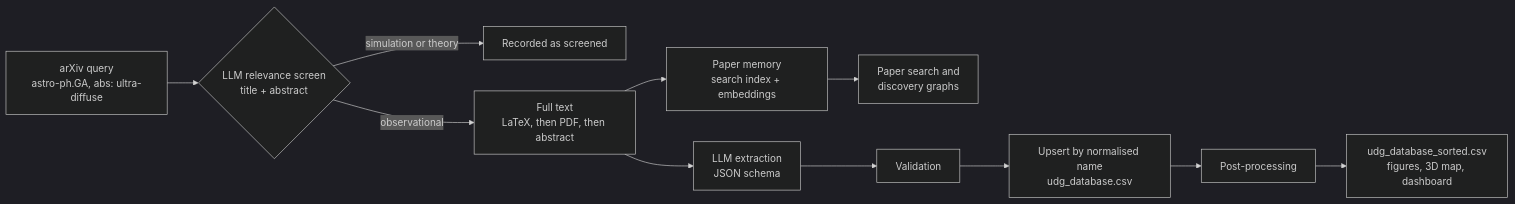
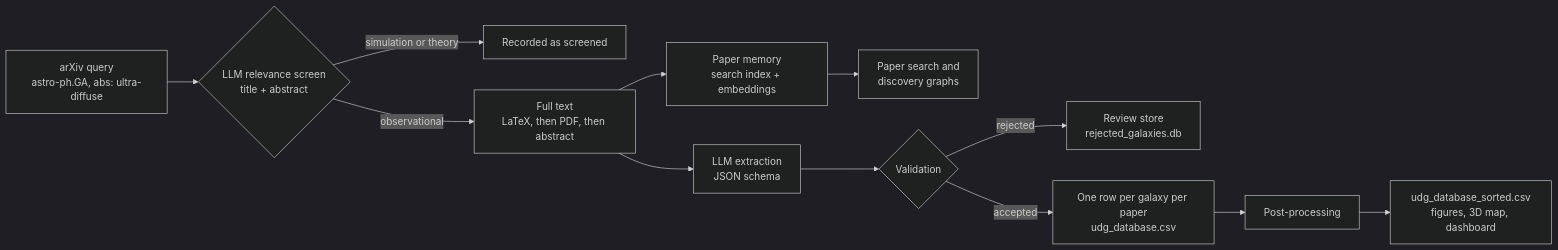
One commit to xueromll/udg-catalogue changed the diagram in README.md. Above: the diagram before and after it, drawn with Mermaid (dark theme). The commit also changed other lines of this file and 34 other files, not shown here.

````diff
--- a/README.md
+++ b/README.md
@@ -81,13 +82,14 @@
 ```mermaid
 flowchart LR
     A["arXiv query<br/>astro-ph.GA, abs: ultra-diffuse"] --> B{"LLM relevance screen<br/>title + abstract"}
     B -- "simulation or theory" --> X["Recorded as screened"]
     B -- "observational" --> C["Full text<br/>LaTeX, then PDF, then abstract"]
     C --> M["Paper memory<br/>search index + embeddings"]
     M --> S["Paper search and<br/>discovery graphs"]
     C --> D["LLM extraction<br/>JSON schema"]
-    D --> E["Validation"]
-    E --> F["Upsert by normalised name<br/>udg_database.csv"]
+    D --> E{"Validation"}
+    E -- "rejected" --> R["Review store<br/>rejected_galaxies.db"]
+    E -- "accepted" --> F["One row per galaxy per paper<br/>udg_database.csv"]
     F --> G["Post-processing"]
     G --> H["udg_database_sorted.csv<br/>figures, 3D map, dashboard"]
 ```
````
